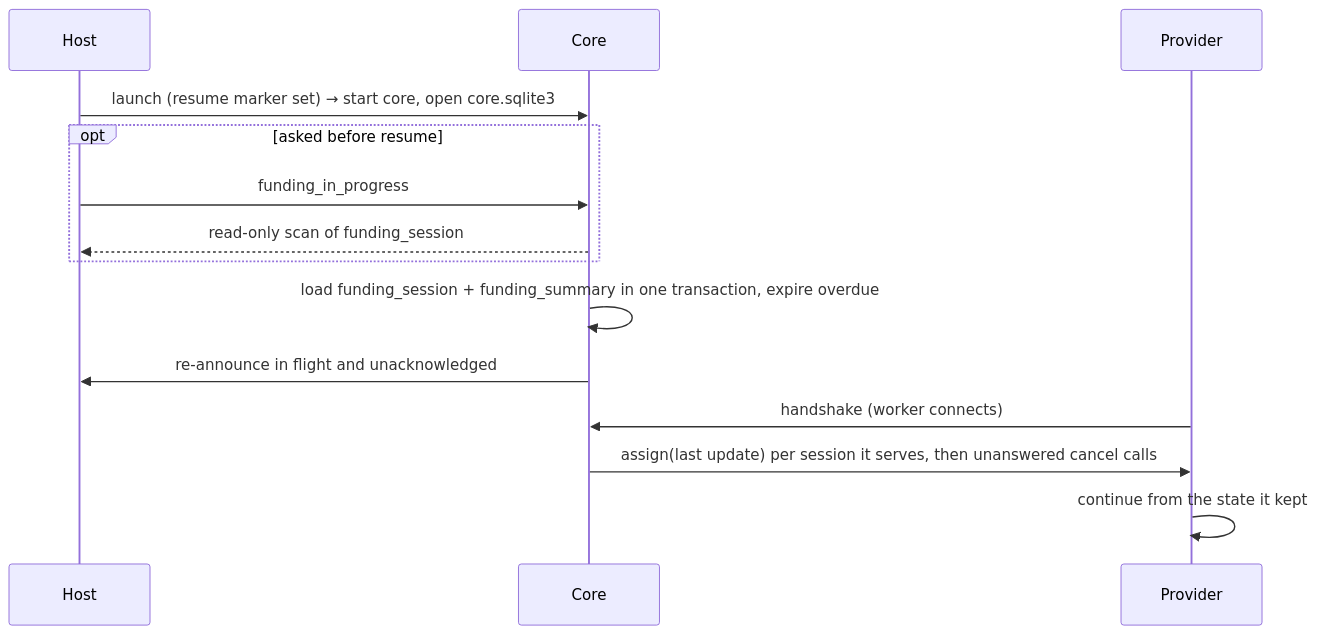
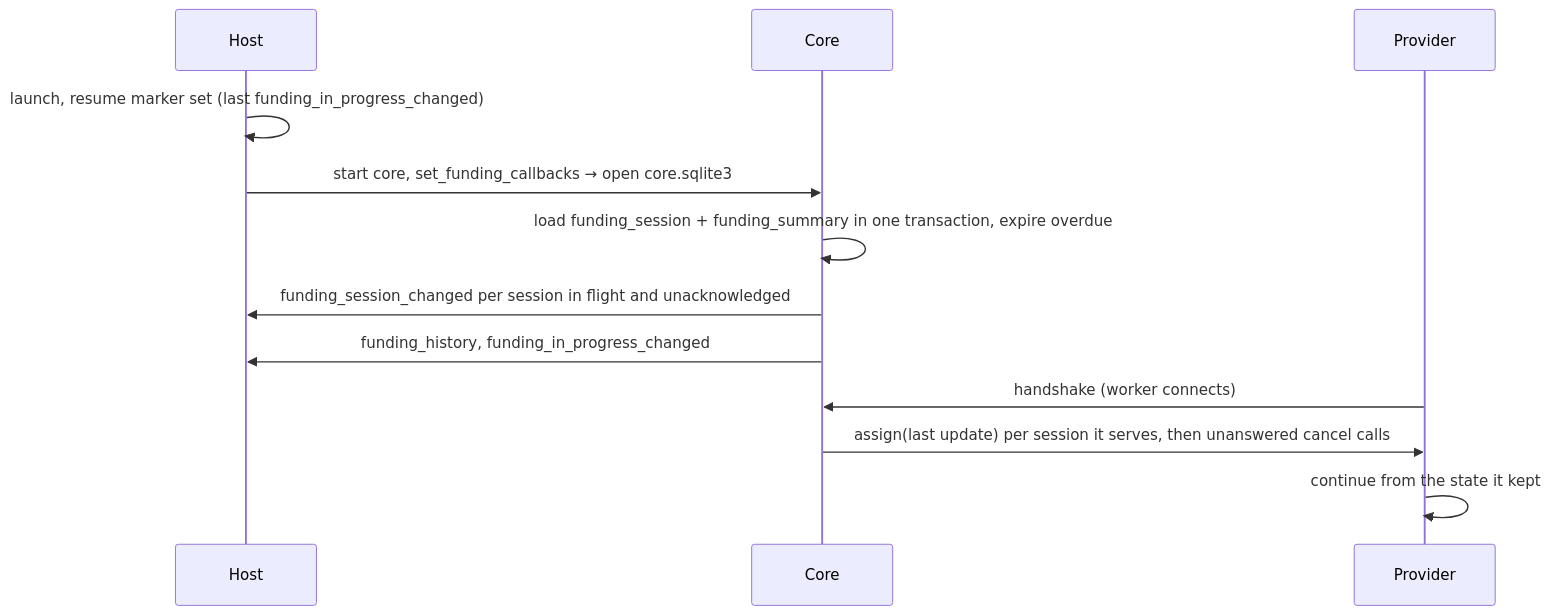
Before and after one commit to paritytech/trinity-user-agents: the eighth of 8 diagrams in docs/design/funding-modality.md, drawn with Mermaid. The commit also changed other lines of this file, not shown here.

Commit message:
docs: the host draws funding from what the core pushes

````diff
--- a/docs/design/funding-modality.md
+++ b/docs/design/funding-modality.md
@@ -289,16 +298,14 @@
 ```mermaid
 sequenceDiagram
   participant H as Host
   participant C as Core
   participant W as Provider
-  H->>C: launch (resume marker set) → start core, open core.sqlite3
-  opt asked before resume
-    H->>C: funding_in_progress
-    C-->>H: read-only scan of funding_session
-  end
+  H->>H: launch, resume marker set (last funding_in_progress_changed)
+  H->>C: start core, set_funding_callbacks → open core.sqlite3
   C->>C: load funding_session + funding_summary in one transaction, expire overdue
-  C->>H: re-announce in flight and unacknowledged
+  C->>H: funding_session_changed per session in flight and unacknowledged
+  C->>H: funding_history, funding_in_progress_changed
   W->>C: handshake (worker connects)
   C->>W: assign(last update) per session it serves, then unanswered cancel calls
   W->>W: continue from the state it kept
 ```
````
